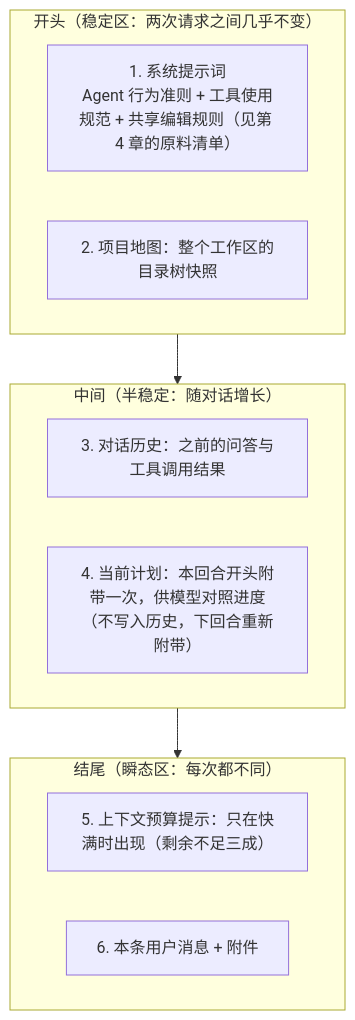
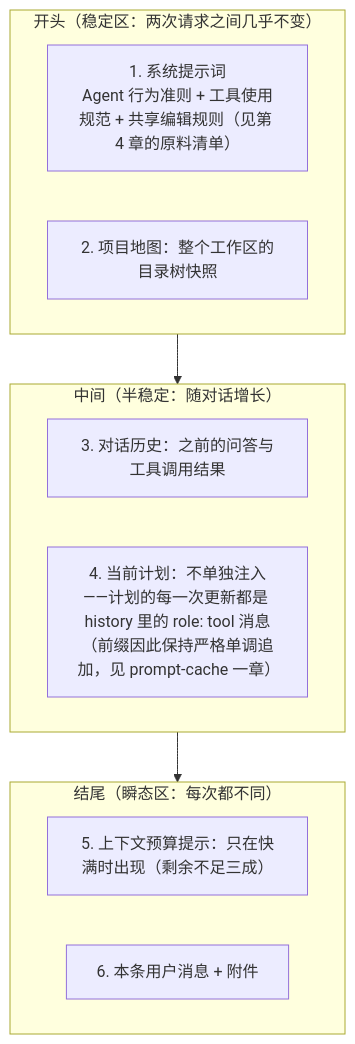
One commit to Bronya0/ally-agent changed the fourth of 16 diagrams in docs/agent-architecture.md. Above: the diagram before and after it, drawn with Mermaid. The commit also changed other lines of this file and 32 other files, not shown here.

````diff
--- a/docs/agent-architecture.md
+++ b/docs/agent-architecture.md
@@ -188,16 +188,16 @@
 ```mermaid
 flowchart TD
     subgraph HEAD["开头（稳定区：两次请求之间几乎不变）"]
         SYS["1. 系统提示词<br/>Agent 行为准则 + 工具使用规范 + 共享编辑规则（见第 4 章的原料清单）"]
         MAP["2. 项目地图：整个工作区的目录树快照"]
     end
     subgraph MIDDLE["中间（半稳定：随对话增长）"]
         HIST["3. 对话历史：之前的问答与工具调用结果"]
-        PLAN["4. 当前计划：本回合开头附带一次，供模型对照进度<br/>（不写入历史，下回合重新附带）"]
+        PLAN["4. 当前计划：不单独注入——计划的每一次更新都是 history 里的 role: tool 消息<br/>（前缀因此保持严格单调追加，见 prompt-cache 一章）"]
     end
     subgraph TAIL["结尾（瞬态区：每次都不同）"]
         BUDGET["5. 上下文预算提示：只在快满时出现（剩余不足三成）"]
         NOW["6. 本条用户消息 + 附件"]
     end
     HEAD --> MIDDLE --> TAIL
 ```
````
